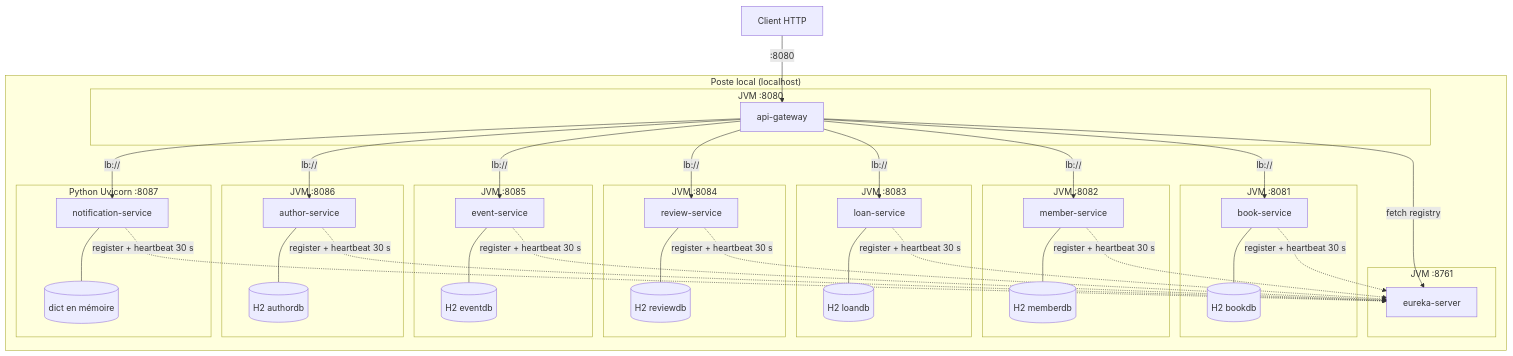
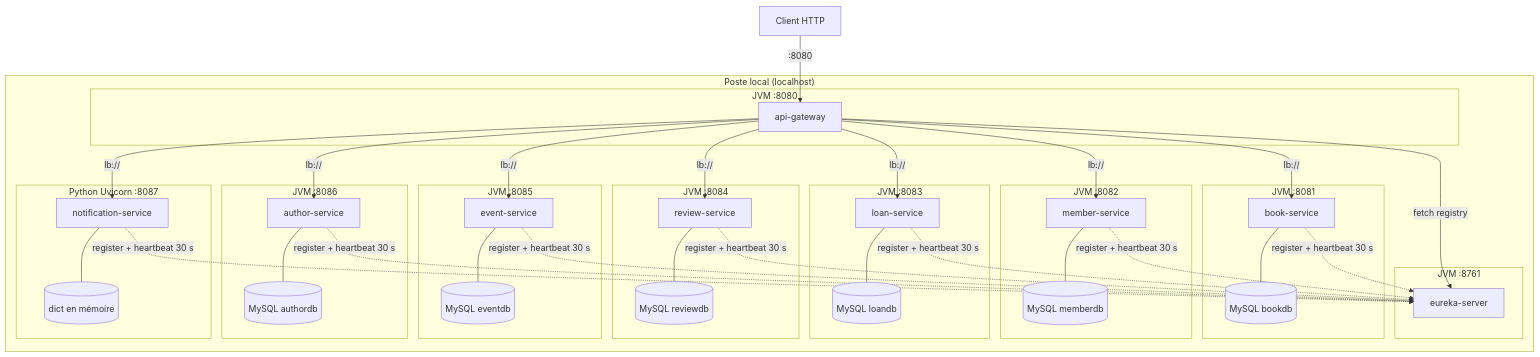
The diagram in documentation/diagrams/architecture/architecture-physique.md (touihri6/library-management), drawn with Mermaid before and after one commit. The commit also changed other lines of this file and 35 other files, not shown here.

````diff
--- a/documentation/diagrams/architecture/architecture-physique.md
+++ b/documentation/diagrams/architecture/architecture-physique.md
@@ -10,39 +10,39 @@
 ```mermaid
 flowchart TB
     Client["Client HTTP"]
 
     subgraph Host["Poste local (localhost)"]
         subgraph P0["JVM :8080"]
             GW["api-gateway"]
         end
         subgraph P1["JVM :8761"]
             EU["eureka-server"]
         end
         subgraph P2["JVM :8081"]
-            LIB["book-service"] --- H1[("H2 bookdb")]
+            LIB["book-service"] --- DB1[("MySQL bookdb")]
         end
         subgraph P3["JVM :8082"]
-            MEM["member-service"] --- H2[("H2 memberdb")]
+            MEM["member-service"] --- DB2[("MySQL memberdb")]
         end
         subgraph P4["JVM :8083"]
-            LOAN["loan-service"] --- H3[("H2 loandb")]
+            LOAN["loan-service"] --- DB3[("MySQL loandb")]
         end
         subgraph P5["JVM :8084"]
-            REV["review-service"] --- H4[("H2 reviewdb")]
+            REV["review-service"] --- DB4[("MySQL reviewdb")]
         end
         subgraph P6["JVM :8085"]
-            EVT["event-service"] --- H5[("H2 eventdb")]
+            EVT["event-service"] --- DB5[("MySQL eventdb")]
         end
         subgraph P7["JVM :8086"]
-            AUT["author-service"] --- H6[("H2 authordb")]
+            AUT["author-service"] --- DB6[("MySQL authordb")]
         end
         subgraph P8["Python Uvicorn :8087"]
             NOT["notification-service"] --- M[("dict en mémoire")]
         end
     end
 
     Client -->|":8080"| GW
     GW -->|"fetch registry"| EU
     LIB & MEM & LOAN & REV & EVT & AUT & NOT -.->|"register + heartbeat 30 s"| EU
     GW -->|"lb://"| LIB & MEM & LOAN & REV & EVT & AUT & NOT
 ```
````
